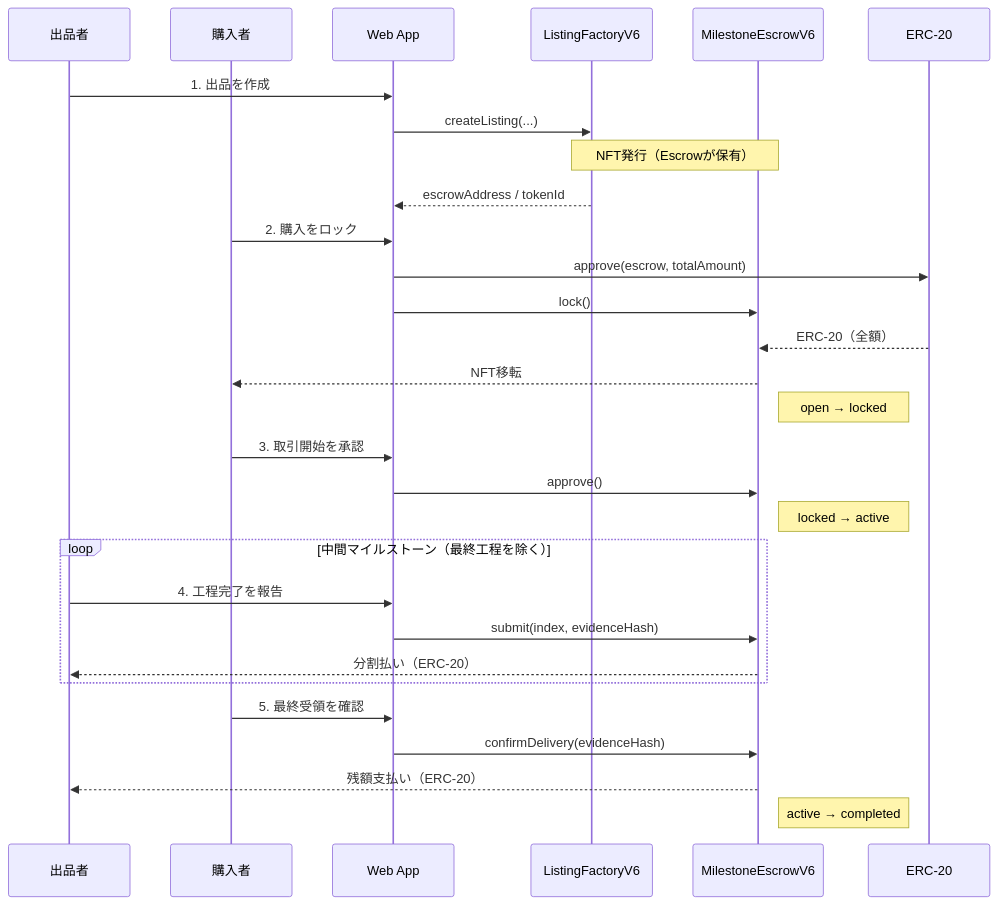
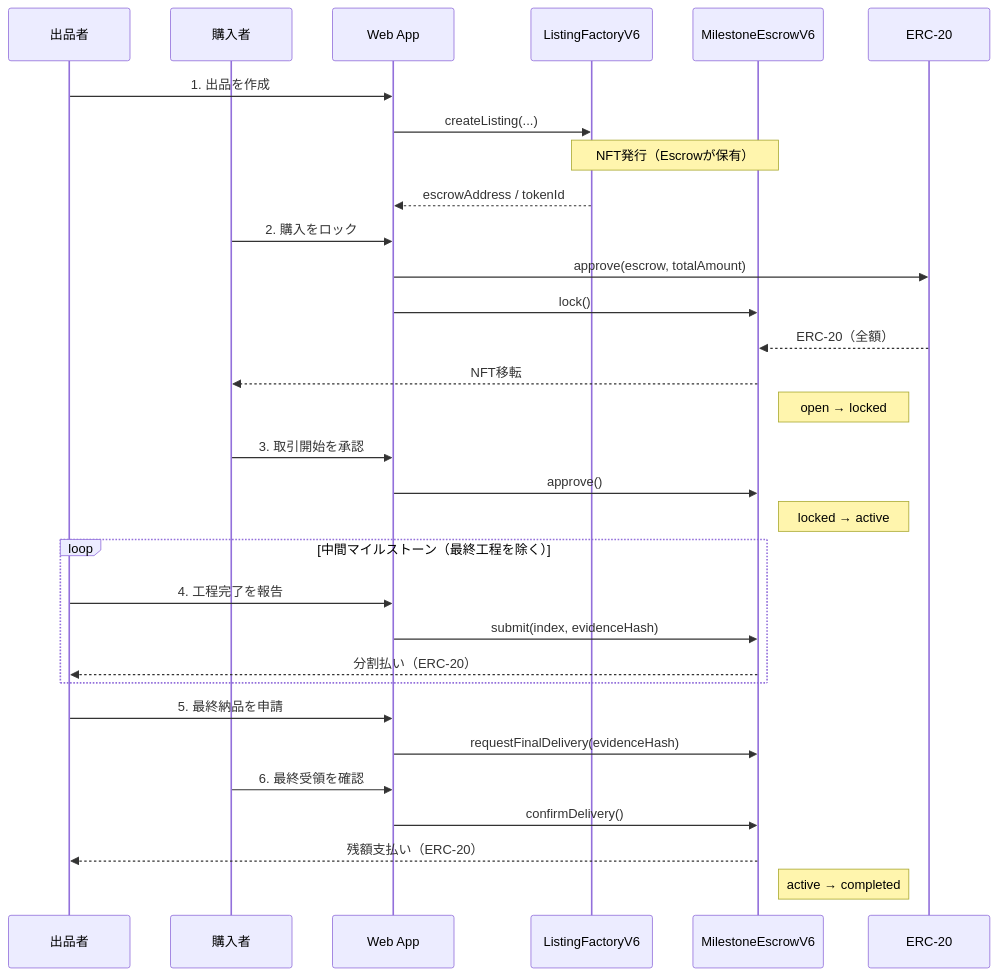
Before and after one commit to usagi917/PalPay: the diagram in README.md, drawn with Mermaid. The commit also changed other lines of this file and 28 other files, not shown here.

Commit message:
Implement relistable escrow timeout flow

````diff
--- a/README.md
+++ b/README.md
@@ -22,36 +22,38 @@
 ```mermaid
 sequenceDiagram
     participant S as 出品者
     participant B as 購入者
     participant W as Web App
     participant F as ListingFactoryV6
     participant E as MilestoneEscrowV6
     participant T as ERC-20
 
     S->>W: 1. 出品を作成
     W->>F: createListing(...)
     Note over F,E: NFT発行（Escrowが保有）
     F-->>W: escrowAddress / tokenId
 
     B->>W: 2. 購入をロック
     W->>T: approve(escrow, totalAmount)
     W->>E: lock()
     T-->>E: ERC-20（全額）
     E-->>B: NFT移転
     Note right of E: open → locked
 
     B->>W: 3. 取引開始を承認
     W->>E: approve()
     Note right of E: locked → active
 
     loop 中間マイルストーン（最終工程を除く）
         S->>W: 4. 工程完了を報告
         W->>E: submit(index, evidenceHash)
         E-->>S: 分割払い（ERC-20）
     end
 
-    B->>W: 5. 最終受領を確認
-    W->>E: confirmDelivery(evidenceHash)
+    S->>W: 5. 最終納品を申請
+    W->>E: requestFinalDelivery(evidenceHash)
+    B->>W: 6. 最終受領を確認
+    W->>E: confirmDelivery()
     E-->>S: 残額支払い（ERC-20）
     Note right of E: active → completed
 ```
````
